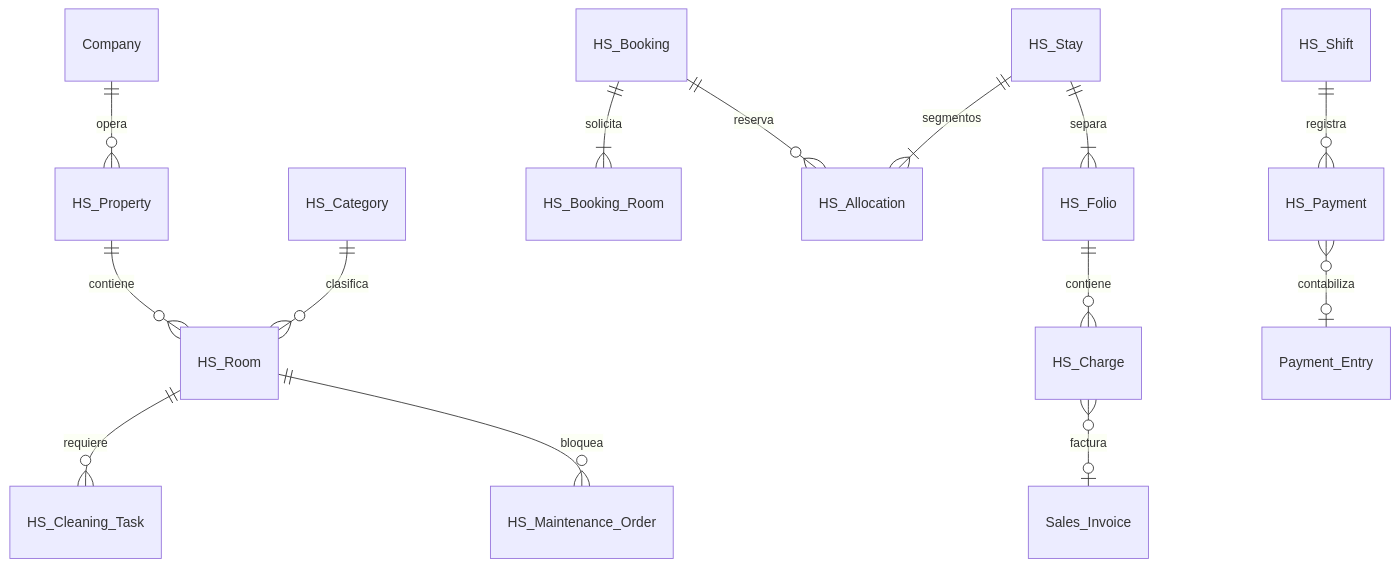
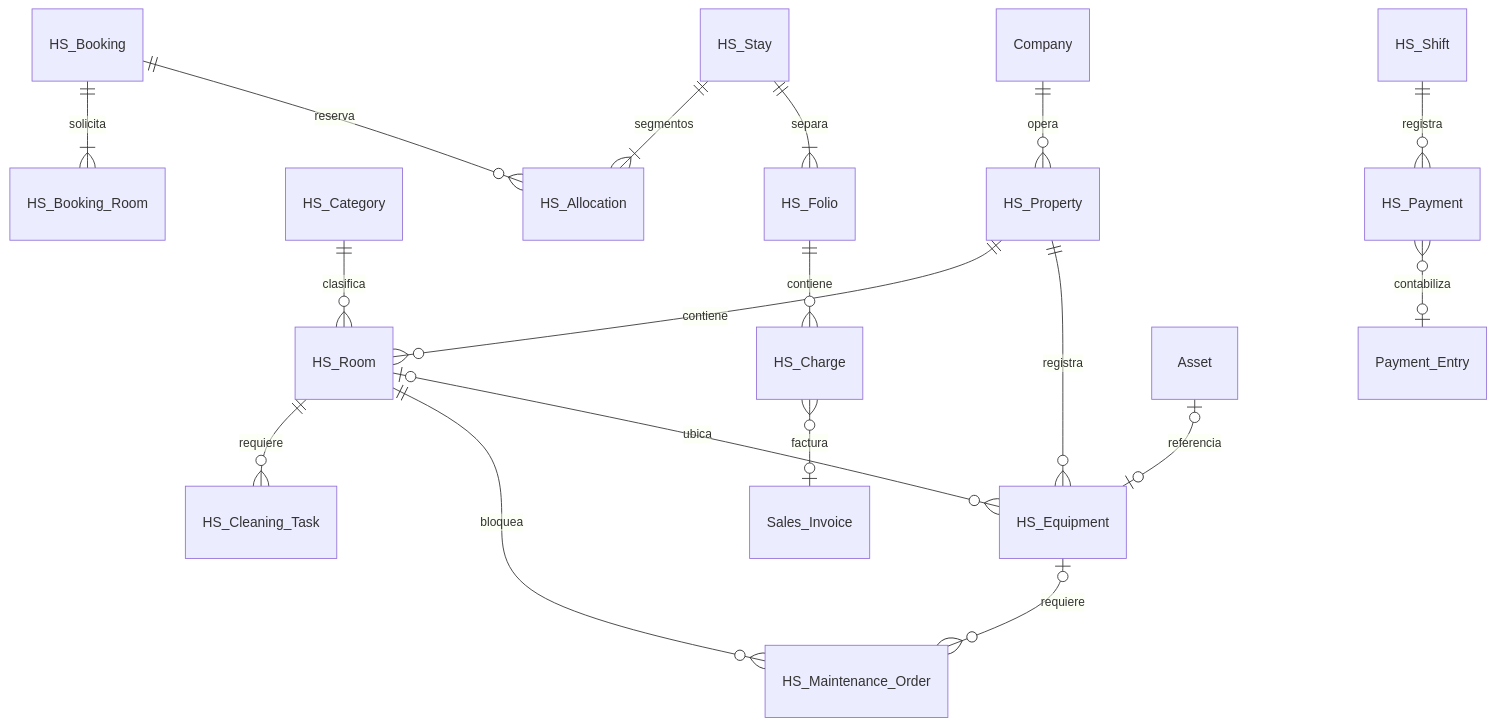
One commit to ernestoruiz89/hospitality_suite changed the first of 2 diagrams in docs/ARQUITECTURA.md. Above: the diagram before and after it, drawn with Mermaid. The commit also changed other lines of this file and 41 other files, not shown here.

Commit message:
feat: support equipment maintenance and enforce private evidence access

````diff
--- a/docs/ARQUITECTURA.md
+++ b/docs/ARQUITECTURA.md
@@ -15,16 +17,20 @@
 ```mermaid
 erDiagram
   Company ||--o{ HS_Property : opera
   HS_Property ||--o{ HS_Room : contiene
   HS_Category ||--o{ HS_Room : clasifica
   HS_Booking ||--|{ HS_Booking_Room : solicita
   HS_Booking ||--o{ HS_Allocation : reserva
   HS_Stay ||--|{ HS_Allocation : segmentos
   HS_Stay ||--|{ HS_Folio : separa
   HS_Folio ||--o{ HS_Charge : contiene
   HS_Charge }o--o| Sales_Invoice : factura
   HS_Shift ||--o{ HS_Payment : registra
   HS_Payment }o--o| Payment_Entry : contabiliza
   HS_Room ||--o{ HS_Cleaning_Task : requiere
   HS_Room ||--o{ HS_Maintenance_Order : bloquea
+  HS_Property ||--o{ HS_Equipment : registra
+  HS_Room |o--o{ HS_Equipment : ubica
+  Asset |o--o| HS_Equipment : referencia
+  HS_Equipment |o--o{ HS_Maintenance_Order : requiere
 ```
````
